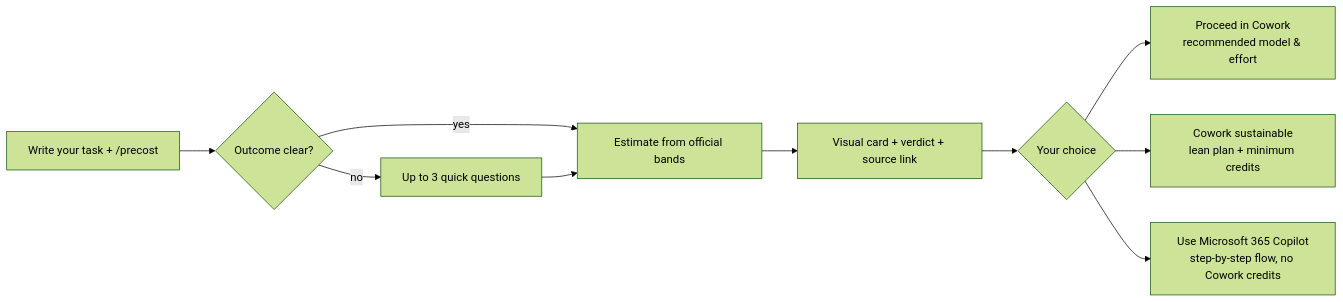
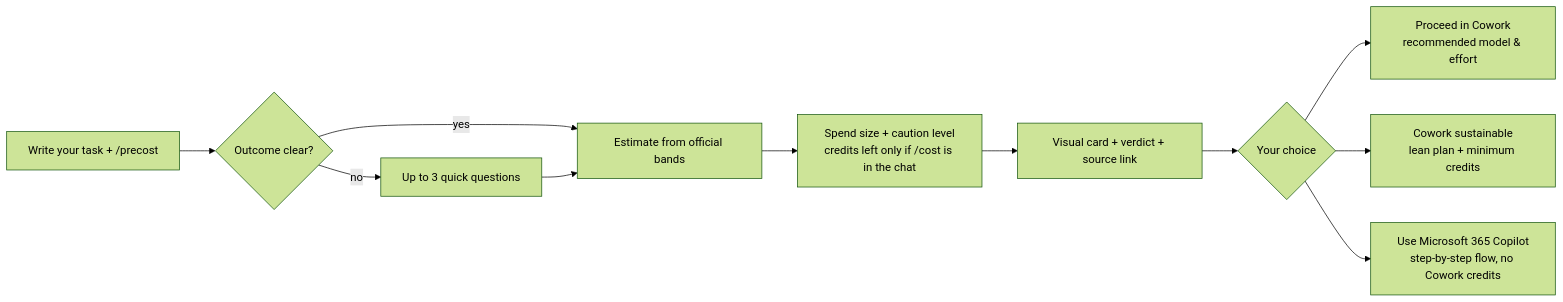
One commit to Fepilot/cowork-precost-skill changed the diagram in README.md. Above: the diagram before and after it, drawn with Mermaid (forest theme). The commit also changed other lines of this file and 16 other files, not shown here.

First line of the commit message:
Release Pre-cost v3.1: spend size, your-time comparison, no assumed limits (#5)

````diff
--- a/README.md
+++ b/README.md
@@ -41,12 +44,13 @@
 ```mermaid
 flowchart LR
   A[Write your task + /precost] --> B{Outcome clear?}
   B -- no --> C[Up to 3 quick questions]
   B -- yes --> D[Estimate from official bands]
   C --> D
-  D --> E[Visual card + verdict + source link]
+  D --> S[Spend size + caution level<br/>credits left only if /cost is in the chat]
+  S --> E[Visual card + verdict + source link]
   E --> F{Your choice}
   F --> G[Proceed in Cowork<br/>recommended model & effort]
   F --> H[Cowork sustainable<br/>lean plan + minimum credits]
   F --> I[Use Microsoft 365 Copilot<br/>step-by-step flow, no Cowork credits]
 ```
````
